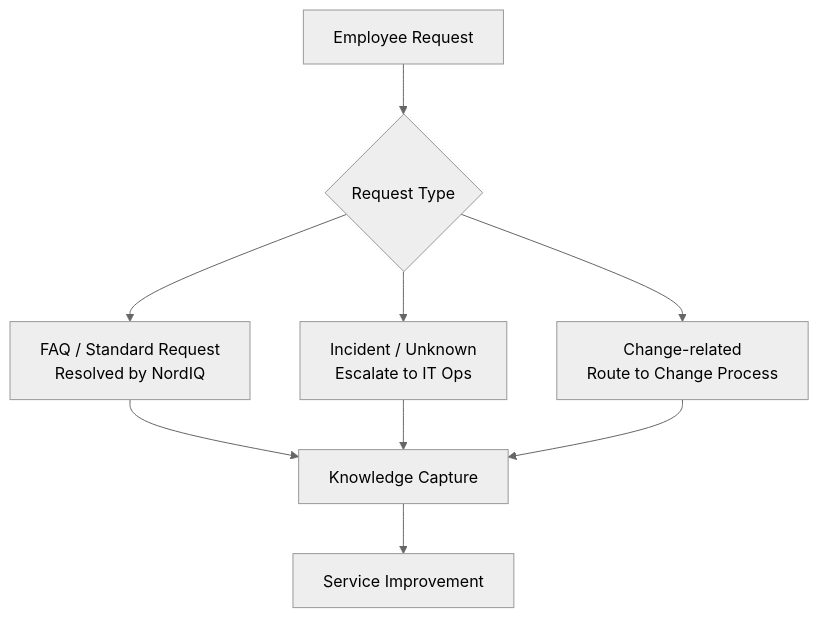
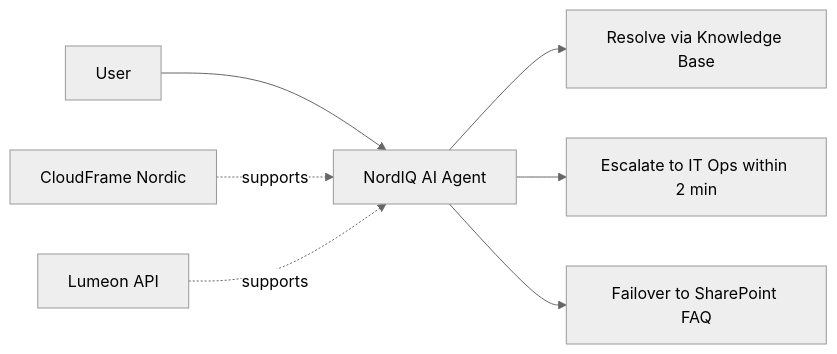
Before and after one commit to itsimonfredlingjack/nordiq-sejfa: the diagram in docs/01-cover-snapshot.md, drawn with Mermaid (neutral theme). The commit also changed other lines of this file and 3 other files, not shown here.

````diff
--- a/docs/01-cover-snapshot.md
+++ b/docs/01-cover-snapshot.md
@@ -25,14 +64,10 @@
 ```mermaid
-flowchart TB
-    U["Employee Request"] --> Q{"Request Type"}
+flowchart LR
+    U["User"] --> A["NordIQ AI Agent"]
+    A --> R["Resolve via Knowledge Base"]
+    A --> E["Escalate to IT Ops within 2 min"]
+    A --> F["Failover to SharePoint FAQ"]
 
-    Q --> F["FAQ / Standard Request\nResolved by NordIQ"]
-    Q --> I["Incident / Unknown\nEscalate to IT Ops"]
-    Q --> C["Change-related\nRoute to Change Process"]
-
-    F --> K["Knowledge Capture"]
-    I --> K
-    C --> K
-
-    K --> M["Service Improvement"]
+    S1["CloudFrame Nordic"] -. supports .-> A
+    S2["Lumeon API"] -. supports .-> A
 ```
````
